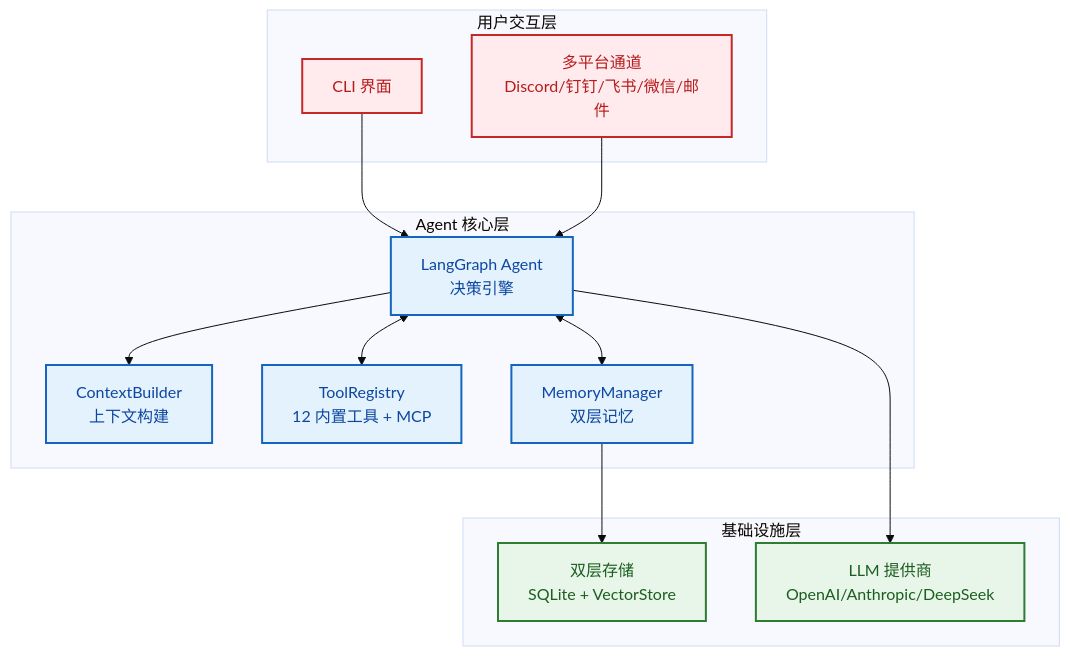
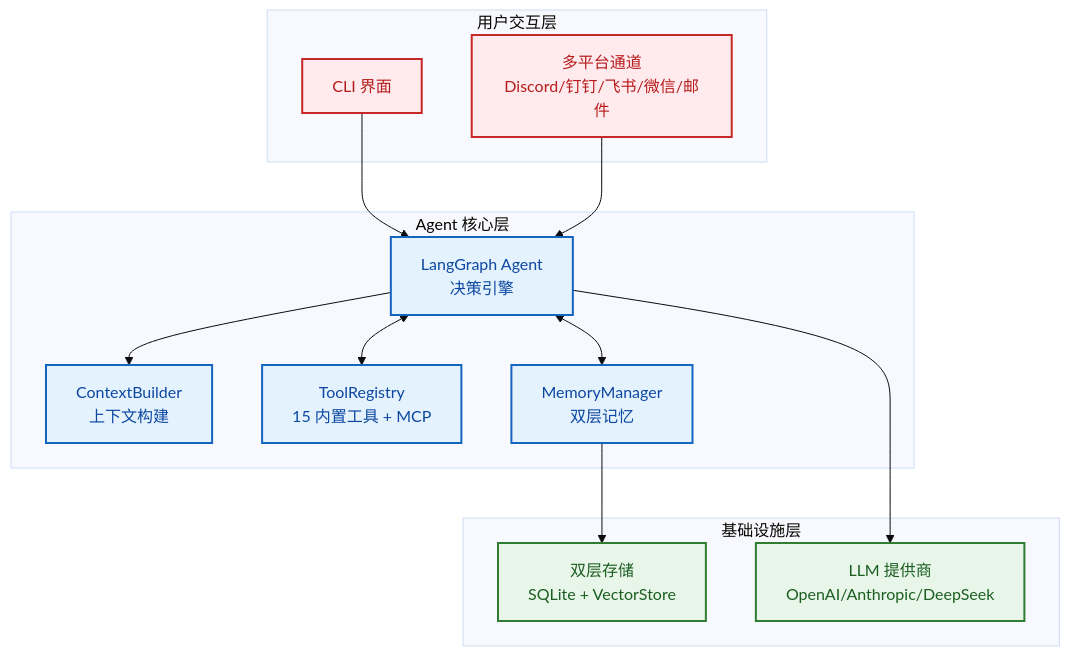
The second of 8 diagrams in docs/zh-CN/blog/finchbot-flexible-ai-agent-framework.md (xt765/FinchBot), drawn with Mermaid (base theme) before and after one commit. The commit also changed other lines of this file and 4 other files, not shown here.

Commit message:
fix(tools): 修复 WebExtractTool._run 缺少 extract_depth 参数的问题

````diff
--- a/docs/zh-CN/blog/finchbot-flexible-ai-agent-framework.md
+++ b/docs/zh-CN/blog/finchbot-flexible-ai-agent-framework.md
@@ -158,33 +158,33 @@
 ```mermaid
 graph TB
     classDef uiLayer fill:#ffebee,stroke:#c62828,stroke-width:2px,color:#b71c1c;
     classDef coreLayer fill:#e3f2fd,stroke:#1565c0,stroke-width:2px,color:#0d47a1;
     classDef infraLayer fill:#e8f5e9,stroke:#2e7d32,stroke-width:2px,color:#1b5e20;
 
     subgraph UI [用户交互层]
         CLI[CLI 界面]:::uiLayer
         Channels[多平台通道<br/>Discord/钉钉/飞书/微信/邮件]:::uiLayer
     end
 
     subgraph Core [Agent 核心层]
         Agent[LangGraph Agent<br/>决策引擎]:::coreLayer
         Context[ContextBuilder<br/>上下文构建]:::coreLayer
-        Tools[ToolRegistry<br/>12 内置工具 + MCP]:::coreLayer
+        Tools[ToolRegistry<br/>15 内置工具 + MCP]:::coreLayer
         Memory[MemoryManager<br/>双层记忆]:::coreLayer
     end
 
     subgraph Infra [基础设施层]
         Storage[双层存储<br/>SQLite + VectorStore]:::infraLayer
         LLM[LLM 提供商<br/>OpenAI/Anthropic/DeepSeek]:::infraLayer
     end
 
     CLI --> Agent
     Channels --> Agent
 
     Agent --> Context
     Agent <--> Tools
     Agent <--> Memory
 
     Memory --> Storage
     Agent --> LLM
 ```
````
